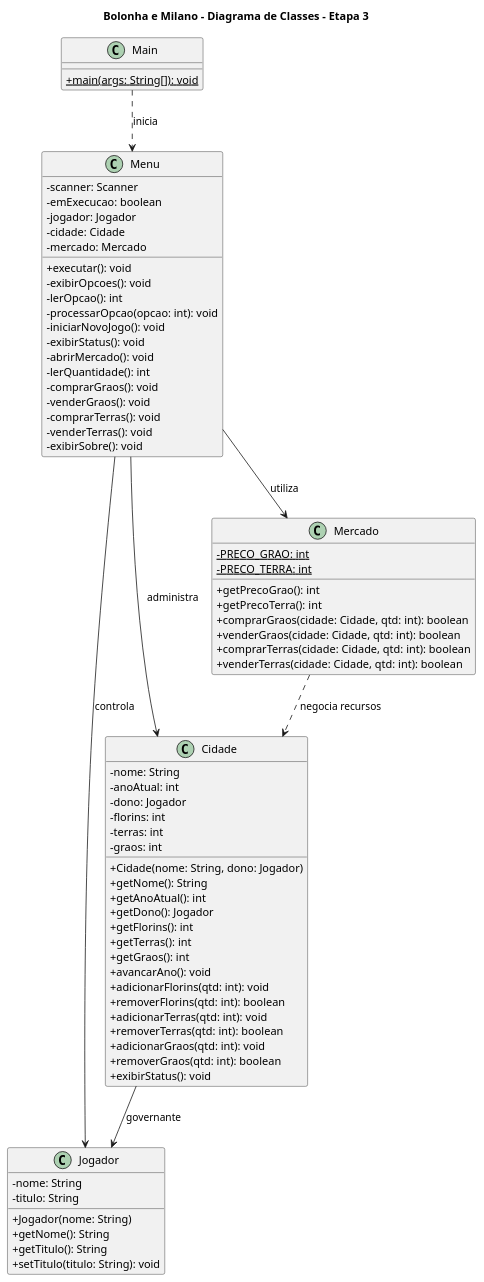
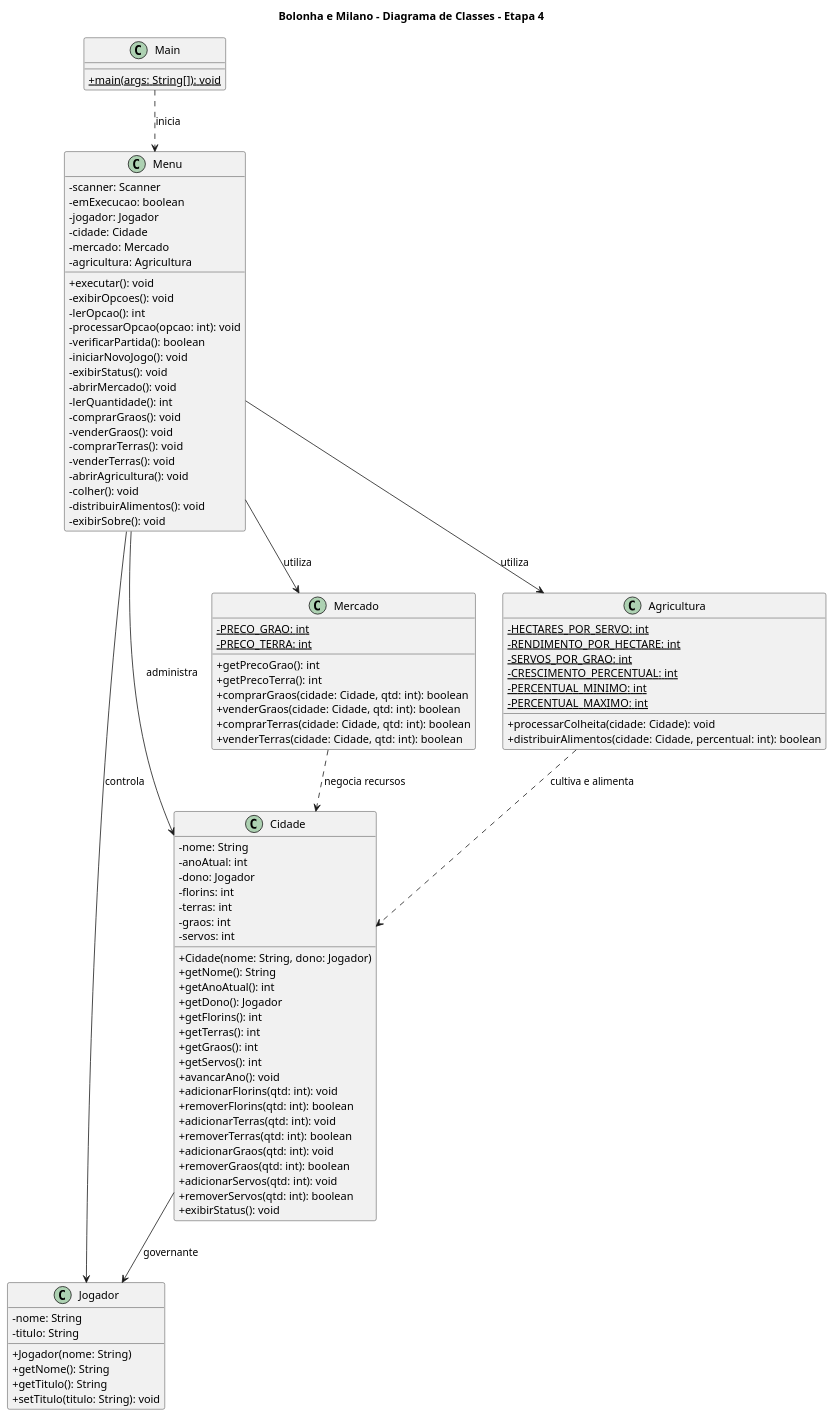
Before and after one commit to logalfran/projeto-bolonha-e-milano: the diagram in uml/Diagrama-de-classes.puml, drawn with PlantUML. The commit also changed 4 other files, not shown here.

Commit message:
Etapa 4: agricultura, população e diagramas UML

```diff
--- a/uml/Diagrama-de-classes.puml
+++ b/uml/Diagrama-de-classes.puml
@@ -1,89 +1,111 @@
 @startuml
-title Bolonha e Milano - Diagrama de Classes - Etapa 3
+title Bolonha e Milano - Diagrama de Classes - Etapa 4
 
 skinparam classAttributeIconSize 0
 
 class Main {
     + {static} main(args: String[]): void
 }
 
 class Menu {
     - scanner: Scanner
     - emExecucao: boolean
     - jogador: Jogador
     - cidade: Cidade
     - mercado: Mercado
+    - agricultura: Agricultura
 
     + executar(): void
     - exibirOpcoes(): void
     - lerOpcao(): int
     - processarOpcao(opcao: int): void
+    - verificarPartida(): boolean
     - iniciarNovoJogo(): void
     - exibirStatus(): void
     - abrirMercado(): void
     - lerQuantidade(): int
     - comprarGraos(): void
     - venderGraos(): void
     - comprarTerras(): void
     - venderTerras(): void
+    - abrirAgricultura(): void
+    - colher(): void
+    - distribuirAlimentos(): void
     - exibirSobre(): void
 }
 
 class Jogador {
     - nome: String
     - titulo: String
 
     + Jogador(nome: String)
     + getNome(): String
     + getTitulo(): String
     + setTitulo(titulo: String): void
 }
 
 class Cidade {
     - nome: String
     - anoAtual: int
     - dono: Jogador
     - florins: int
     - terras: int
     - graos: int
+    - servos: int
 
     + Cidade(nome: String, dono: Jogador)
     + getNome(): String
     + getAnoAtual(): int
     + getDono(): Jogador
     + getFlorins(): int
     + getTerras(): int
     + getGraos(): int
+    + getServos(): int
     + avancarAno(): void
     + adicionarFlorins(qtd: int): void
     + removerFlorins(qtd: int): boolean
     + adicionarTerras(qtd: int): void
     + removerTerras(qtd: int): boolean
     + adicionarGraos(qtd: int): void
     + removerGraos(qtd: int): boolean
+    + adicionarServos(qtd: int): void
+    + removerServos(qtd: int): boolean
     + exibirStatus(): void
 }
 
 class Mercado {
     - {static} PRECO_GRAO: int
     - {static} PRECO_TERRA: int
 
     + getPrecoGrao(): int
     + getPrecoTerra(): int
     + comprarGraos(cidade: Cidade, qtd: int): boolean
     + venderGraos(cidade: Cidade, qtd: int): boolean
     + comprarTerras(cidade: Cidade, qtd: int): boolean
     + venderTerras(cidade: Cidade, qtd: int): boolean
 }
 
-' Relacionamentos entre as classes.
-' As setas mostram como os objetos se relacionam.
+class Agricultura {
+    - {static} HECTARES_POR_SERVO: int
+    - {static} RENDIMENTO_POR_HECTARE: int
+    - {static} SERVOS_POR_GRAO: int
+    - {static} CRESCIMENTO_PERCENTUAL: int
+    - {static} PERCENTUAL_MINIMO: int
+    - {static} PERCENTUAL_MAXIMO: int
 
+    + processarColheita(cidade: Cidade): void
+    + distribuirAlimentos(cidade: Cidade, percentual: int): boolean
+}
+
+' Relacionamentos entre as classes
 Main ..> Menu : inicia
 Menu --> Jogador : controla
 Menu --> Cidade : administra
 Menu --> Mercado : utiliza
+Menu --> Agricultura : utiliza
+
 Cidade --> Jogador : governante
 Mercado ..> Cidade : negocia recursos
+Agricultura ..> Cidade : cultiva e alimenta
 
 @enduml
```
